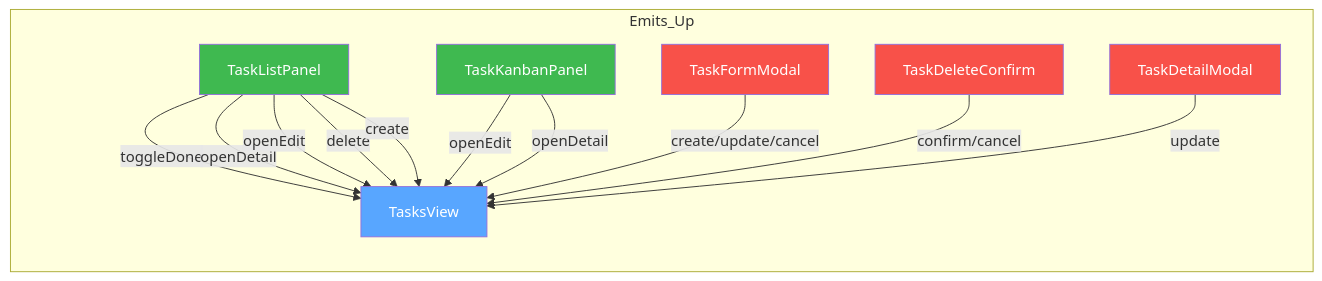
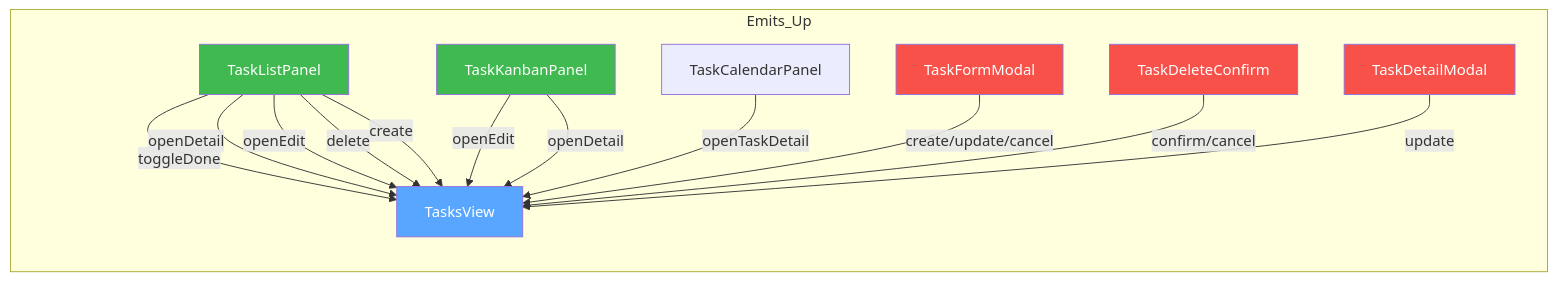
One commit to zc63463-cmyk/potodoroX changed the fourth of 8 diagrams in DevNotes/Module/TasksView/TasksView.structure.md. Above: the diagram before and after it, drawn with Mermaid. The commit also changed other lines of this file and 1 other file, not shown here.

Commit message:
docs: update TasksView module docs with session grouping and calendar modal changes

````diff
--- a/DevNotes/Module/TasksView/TasksView.structure.md
+++ b/DevNotes/Module/TasksView/TasksView.structure.md
@@ -144,22 +144,23 @@
 ```mermaid
 graph LR
     subgraph Emits_Up
         B[TaskListPanel] -->|toggleDone| A[TasksView]
         B -->|openDetail| A
         B -->|openEdit| A
         B -->|delete| A
         B -->|create| A
         C[TaskKanbanPanel] -->|openEdit| A
         C -->|openDetail| A
+        D[TaskCalendarPanel] -->|openTaskDetail| A
         E[TaskFormModal] -->|create/update/cancel| A
         F[TaskDeleteConfirm] -->|confirm/cancel| A
         G[TaskDetailModal] -->|update| A
     end
 
     style A fill:#58A6FF,color:#fff
     style B fill:#3FB950,color:#fff
     style C fill:#3FB950,color:#fff
     style E fill:#F85149,color:#fff
     style F fill:#F85149,color:#fff
     style G fill:#F85149,color:#fff
 ```
````
